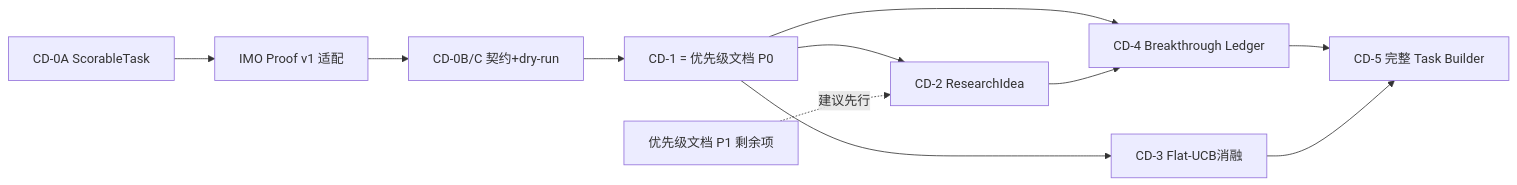
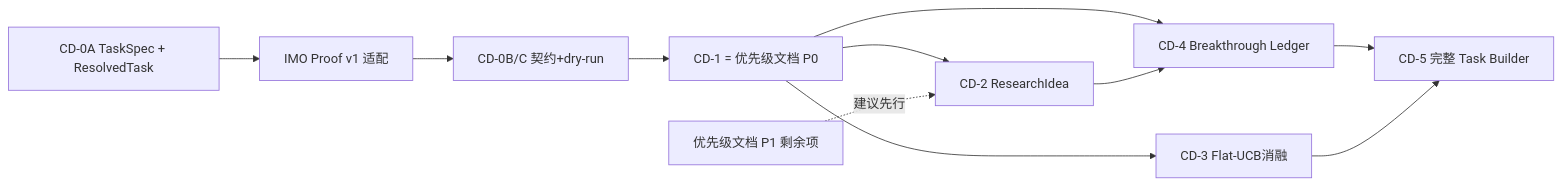
One commit to YanbiaoLab/EvoHarness-Preview changed the second of 2 diagrams in todo/computational_discovery.md. Above: the diagram before and after it, drawn with Mermaid. The commit also changed other lines of this file and 305 other files, not shown here.

````diff
--- a/todo/computational_discovery.md
+++ b/todo/computational_discovery.md
@@ -240,13 +242,13 @@
 ```mermaid
 flowchart LR
-    E0["CD-0A ScorableTask"] --> X["IMO Proof v1 适配"]
+    E0["CD-0A TaskSpec + ResolvedTask"] --> X["IMO Proof v1 适配"]
     X --> E1["CD-0B/C 契约+dry-run"]
     E1 --> P0["CD-1 = 优先级文档 P0"]
     P0 --> E2[CD-2 ResearchIdea]
     P0 --> E3[CD-3 Flat-UCB消融]
     P0 --> E4[CD-4 Breakthrough Ledger]
     E2 --> E4
     E4 --> E5["CD-5 完整 Task Builder"]
     E3 --> E5
     P1["优先级文档 P1 剩余项"] -.建议先行.-> E2
 ```
````
